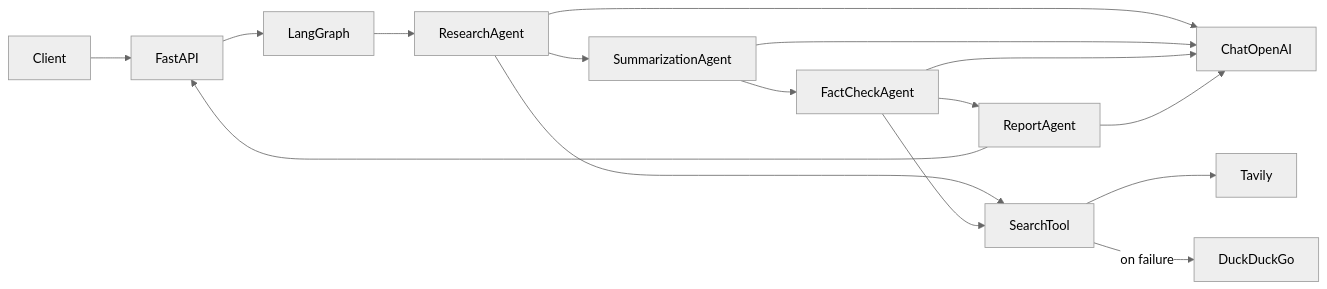
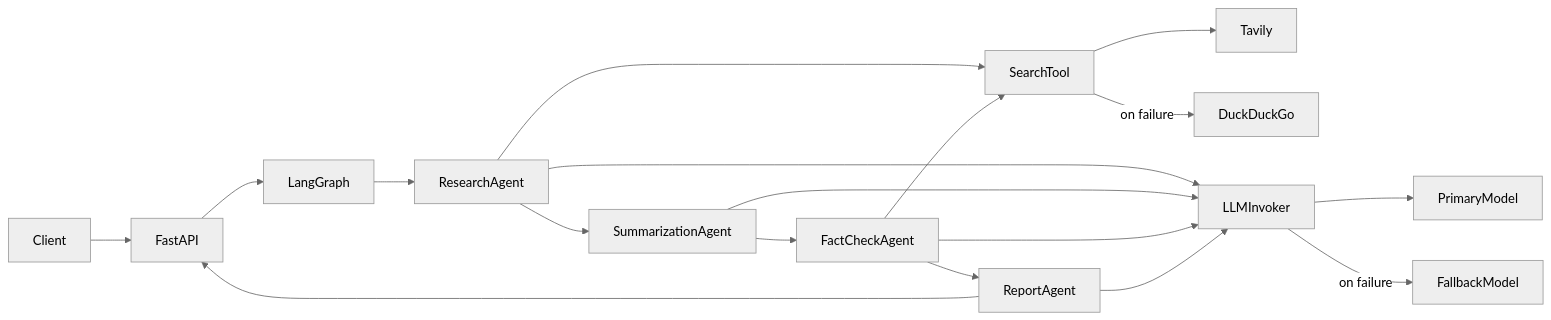
One commit to yash-lnxct/Excellent_Webworld_Agent changed the diagram in README.md. Above: the diagram before and after it, drawn with Mermaid (neutral theme). The commit also changed other lines of this file and 10 other files, not shown here.

Commit message:
add fallback system when model failed

````diff
--- a/README.md
+++ b/README.md
@@ -15,18 +17,20 @@
 ```mermaid
 flowchart LR
     Client --> FastAPI
     FastAPI --> LangGraph
     LangGraph --> ResearchAgent
     ResearchAgent --> SummarizationAgent
     SummarizationAgent --> FactCheckAgent
     FactCheckAgent --> ReportAgent
     ResearchAgent --> SearchTool
     FactCheckAgent --> SearchTool
     SearchTool --> Tavily
     SearchTool -->|"on failure"| DuckDuckGo
-    ResearchAgent --> ChatOpenAI
-    SummarizationAgent --> ChatOpenAI
-    FactCheckAgent --> ChatOpenAI
-    ReportAgent --> ChatOpenAI
+    ResearchAgent --> LLMInvoker
+    SummarizationAgent --> LLMInvoker
+    FactCheckAgent --> LLMInvoker
+    ReportAgent --> LLMInvoker
+    LLMInvoker --> PrimaryModel
+    LLMInvoker -->|"on failure"| FallbackModel
     ReportAgent --> FastAPI
 ```
````
